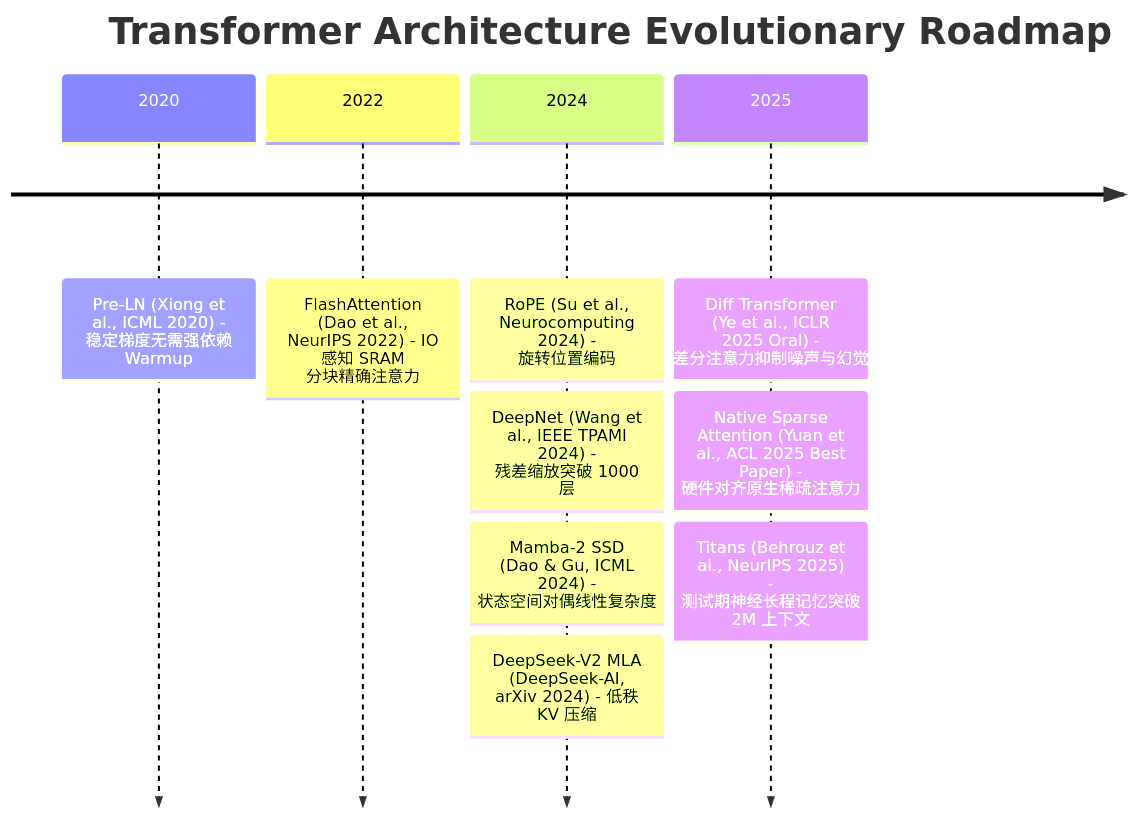
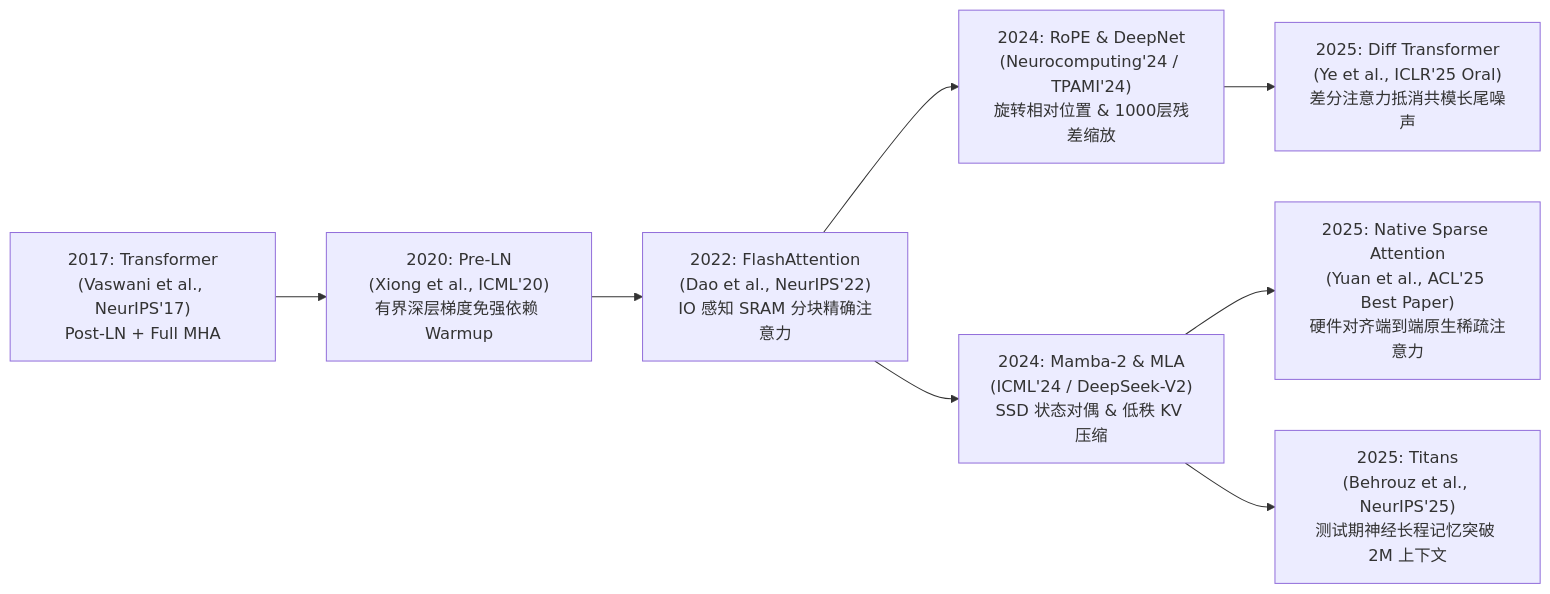
Before and after one commit to Sanicey/notebook: the second of 2 diagrams in 2017_attention_is_all_you_need/README.md, drawn with Mermaid. The commit also changed other lines of this file and 5 other files, not shown here.

````diff
--- a/2017_attention_is_all_you_need/README.md
+++ b/2017_attention_is_all_you_need/README.md
@@ -62,13 +62,10 @@
 ```mermaid
-timeline
-    title Transformer Architecture Evolutionary Roadmap
-    2020      : Pre-LN (Xiong et al., ICML 2020) - 稳定梯度无需强依赖 Warmup
-    2022      : FlashAttention (Dao et al., NeurIPS 2022) - IO 感知 SRAM 分块精确注意力
-    2024      : RoPE (Su et al., Neurocomputing 2024) - 旋转位置编码
-              : DeepNet (Wang et al., IEEE TPAMI 2024) - 残差缩放突破 1000 层
-              : Mamba-2 SSD (Dao & Gu, ICML 2024) - 状态空间对偶线性复杂度
-              : DeepSeek-V2 MLA (DeepSeek-AI, arXiv 2024) - 低秩 KV 压缩
-    2025      : Diff Transformer (Ye et al., ICLR 2025 Oral) - 差分注意力抑制噪声与幻觉
-              : Native Sparse Attention (Yuan et al., ACL 2025 Best Paper) - 硬件对齐原生稀疏注意力
-              : Titans (Behrouz et al., NeurIPS 2025) - 测试期神经长程记忆突破 2M 上下文
+flowchart LR
+    Base["2017: Transformer<br/>(Vaswani et al., NeurIPS'17)<br/>Post-LN + Full MHA"] --> Y2020["2020: Pre-LN<br/>(Xiong et al., ICML'20)<br/>有界深层梯度免强依赖 Warmup"]
+    Y2020 --> Y2022["2022: FlashAttention<br/>(Dao et al., NeurIPS'22)<br/>IO 感知 SRAM 分块精确注意力"]
+    Y2022 --> Y2024A["2024: RoPE & DeepNet<br/>(Neurocomputing'24 / TPAMI'24)<br/>旋转相对位置 & 1000层残差缩放"]
+    Y2022 --> Y2024B["2024: Mamba-2 & MLA<br/>(ICML'24 / DeepSeek-V2)<br/>SSD 状态对偶 & 低秩 KV 压缩"]
+    Y2024A --> Y2025A["2025: Diff Transformer<br/>(Ye et al., ICLR'25 Oral)<br/>差分注意力抵消共模长尾噪声"]
+    Y2024B --> Y2025B["2025: Native Sparse Attention<br/>(Yuan et al., ACL'25 Best Paper)<br/>硬件对齐端到端原生稀疏注意力"]
+    Y2024B --> Y2025C["2025: Titans<br/>(Behrouz et al., NeurIPS'25)<br/>测试期神经长程记忆突破 2M 上下文"]
 ```
````
